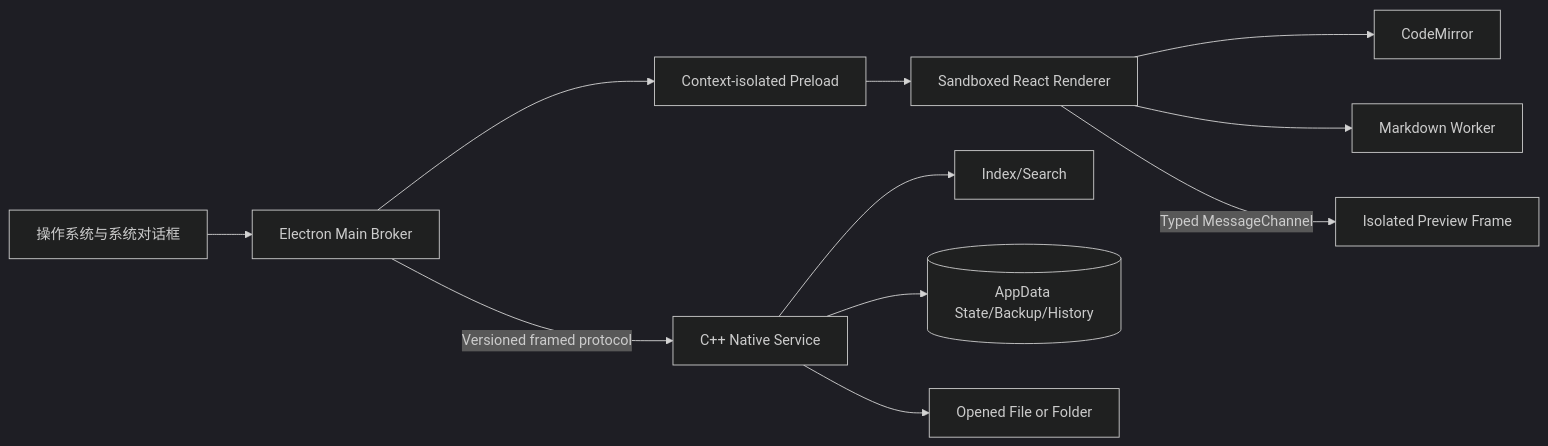
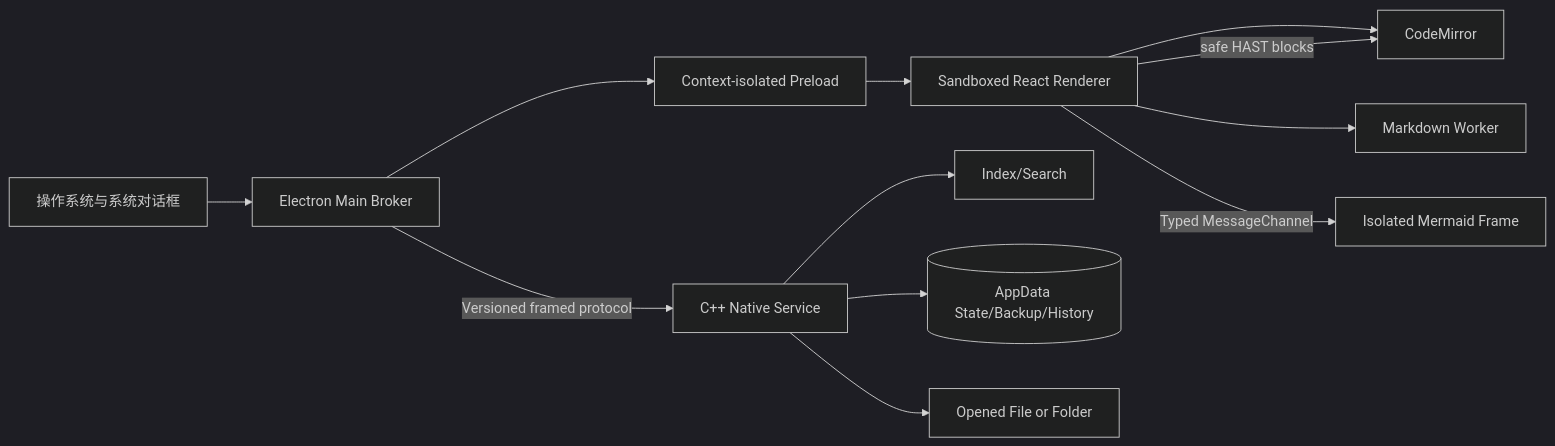
Before and after one commit to FormingSystem/linux_note: the first of 2 diagrams in tools/practice_tool/docs/architecture/engineering/desktop_runtime_and_document_services.md, drawn with Mermaid (dark theme). The commit also changed other lines of this file and 92 other files, not shown here.

````diff
--- a/tools/practice_tool/docs/architecture/engineering/desktop_runtime_and_document_services.md
+++ b/tools/practice_tool/docs/architecture/engineering/desktop_runtime_and_document_services.md
@@ -20,13 +20,14 @@
 ```mermaid
 flowchart LR
     OS[操作系统与系统对话框] --> MAIN[Electron Main Broker]
     MAIN -->|Versioned framed protocol| NATIVE[C++ Native Service]
     MAIN --> PRELOAD[Context-isolated Preload]
     PRELOAD --> RENDERER[Sandboxed React Renderer]
     RENDERER --> EDITOR[CodeMirror]
     RENDERER --> WORKER[Markdown Worker]
-    RENDERER -->|Typed MessageChannel| PREVIEW[Isolated Preview Frame]
+    RENDERER -->|safe HAST blocks| EDITOR
+    RENDERER -->|Typed MessageChannel| PREVIEW[Isolated Mermaid Frame]
     NATIVE --> INDEXER[Index/Search]
     NATIVE --> APPDATA[(AppData State/Backup/History)]
     NATIVE --> FS[Opened File or Folder]
 ```
````
